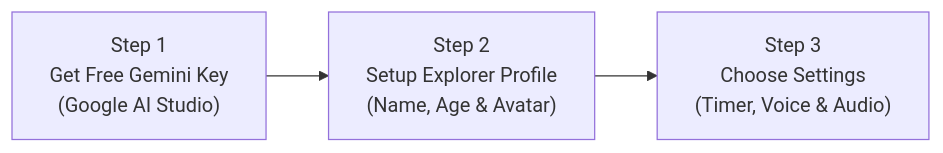
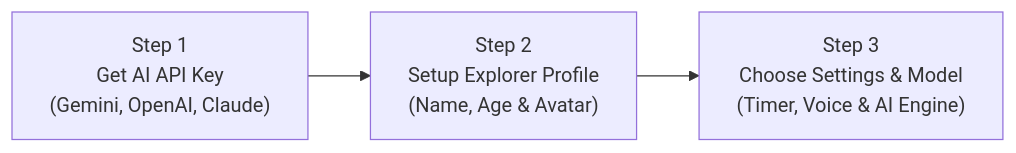
Before and after one commit to baranidharan-ravi/AstroQuest: the diagram in CONTRIBUTING.md, drawn with Mermaid. The commit also changed other lines of this file and 5 other files, not shown here.

Commit message:
feat: add multi-provider AI support (Google Gemini, OpenAI ChatGPT, Anthropic Claude)

````diff
--- a/CONTRIBUTING.md
+++ b/CONTRIBUTING.md
@@ -54,8 +54,8 @@
 ```mermaid
 flowchart LR
-    Step1["Step 1<br/>Get Free Gemini Key<br/>(Google AI Studio)"]
+    Step1["Step 1<br/>Get AI API Key<br/>(Gemini, OpenAI, Claude)"]
     Step2["Step 2<br/>Setup Explorer Profile<br/>(Name, Age & Avatar)"]
-    Step3["Step 3<br/>Choose Settings<br/>(Timer, Voice & Audio)"]
+    Step3["Step 3<br/>Choose Settings & Model<br/>(Timer, Voice & AI Engine)"]
 
     Step1 --> Step2 --> Step3
 ```
````
